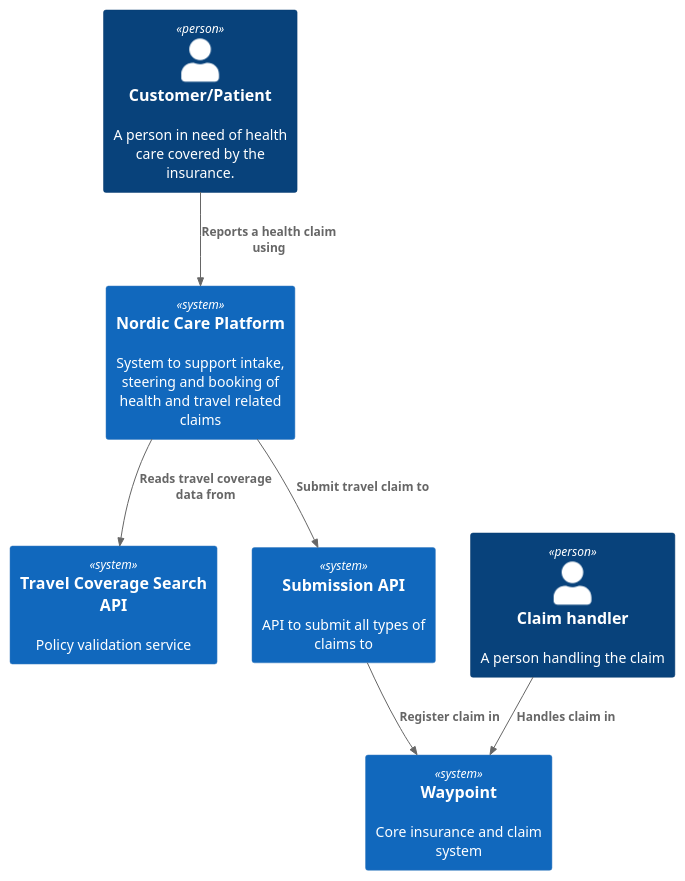
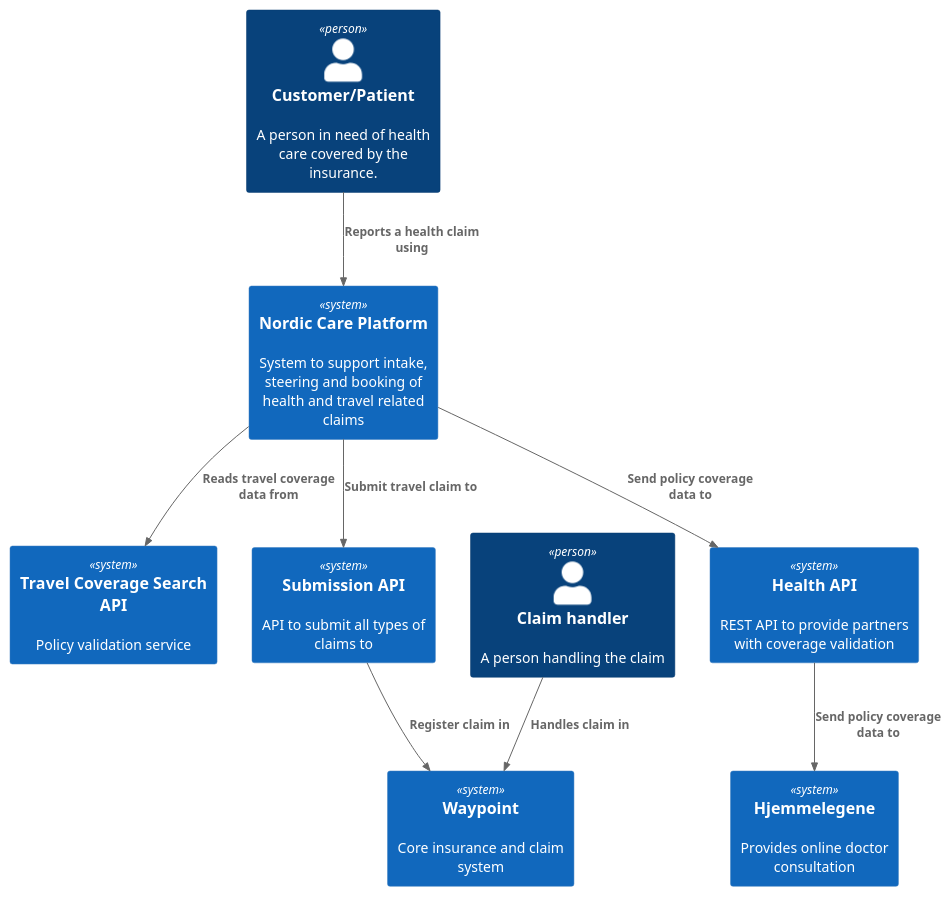
One commit to dereri/plantumldemo changed the diagram in C4-context.puml. Above: the diagram before and after it, drawn with PlantUML.

```diff
--- a/C4-context.puml
+++ b/C4-context.puml
@@ -1,15 +1,19 @@
 @startuml C4-context
 !include https://raw.githubusercontent.com/plantuml-stdlib/C4-PlantUML/master/C4_Context.puml
 Person(customer, "Customer/Patient", "A person in need of health care covered by the insurance.")
 Person(claimhandler, "Claim handler", "A person handling the claim")
 System(RSA_TRA, "Travel Coverage Search API", "Policy validation service")
 System(NCP,"Nordic Care Platform", "System to support intake, steering and booking of health and travel related claims")
 System(SubAPI, "Submission API", "API to submit all types of claims to")
-'System(Claims, "Claims.intake", "System to register claims in Waypoint")
+System(HealthAPI, "Health API", "REST API to provide partners with coverage validation")
+System(Partner, Hjemmelegene, "Provides online doctor consultation")
 System(WP, "Waypoint", "Core insurance and claim system")
+
 Rel(customer,NCP, "Reports a health claim using")
 Rel(NCP, RSA_TRA, "Reads travel coverage data from")
 Rel(NCP, SubAPI, "Submit travel claim to")
 Rel(SubAPI, WP, "Register claim in")
 Rel(claimhandler, WP, "Handles claim in")
+Rel(NCP, HealthAPI, "Send policy coverage data to")
+Rel(HealthAPI, Partner, "Send policy coverage data to")
 @enduml
```
